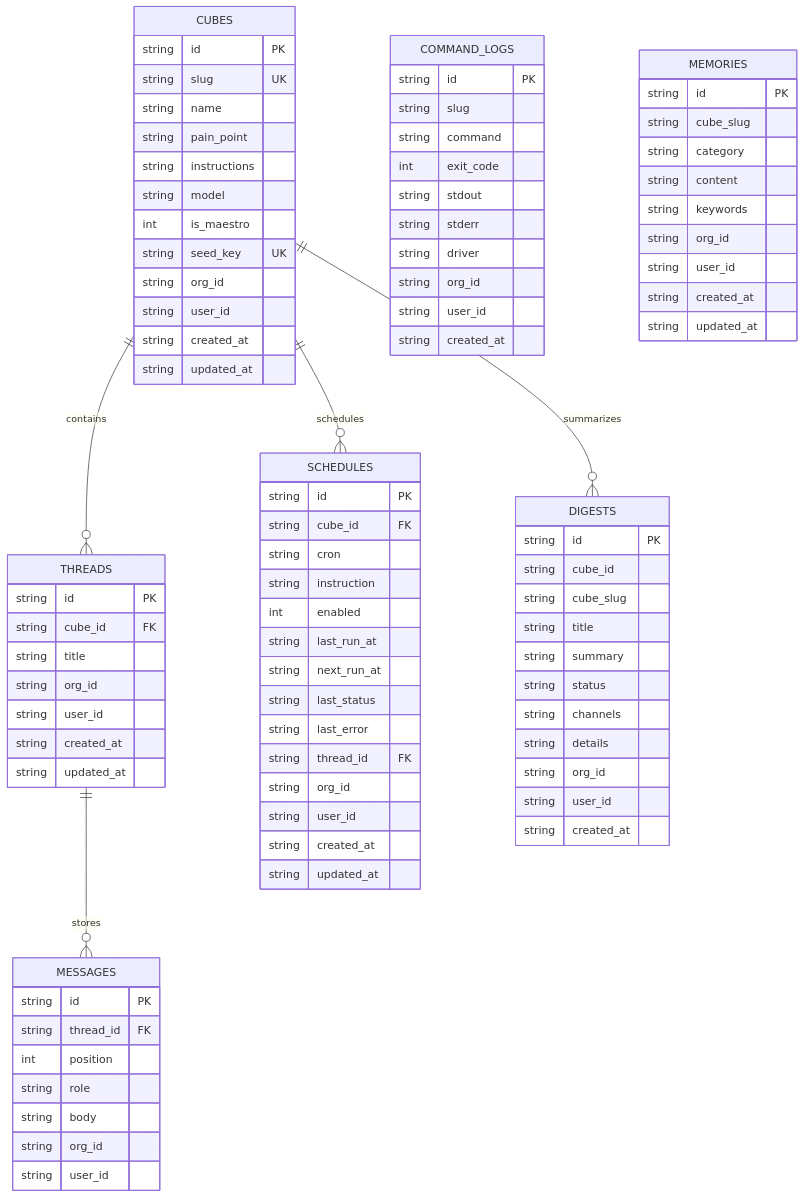
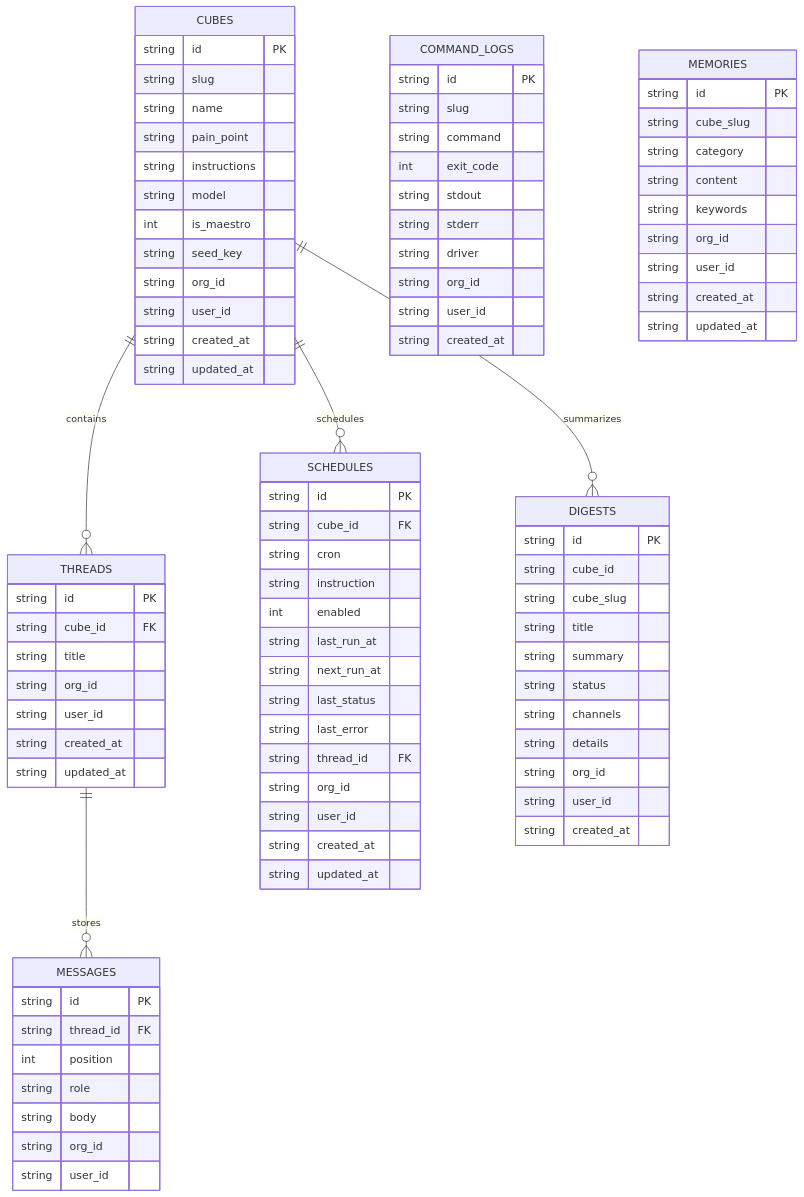
One commit to pisigmac/Kubes changed the diagram in docs/DB-SCHEMA.md. Above: the diagram before and after it, drawn with Mermaid. The commit also changed other lines of this file and 64 other files, not shown here.

```diff
--- a/docs/DB-SCHEMA.md
+++ b/docs/DB-SCHEMA.md
@@ -13,18 +13,19 @@
 
     CUBES {
         string id PK
-        string slug UK
+        string slug
         string name
         string pain_point
         string instructions
         string model
         int is_maestro
-        string seed_key UK
+        string seed_key
         string org_id
         string user_id
         string created_at
         string updated_at
     }
+
 
     THREADS {
         string id PK
```
